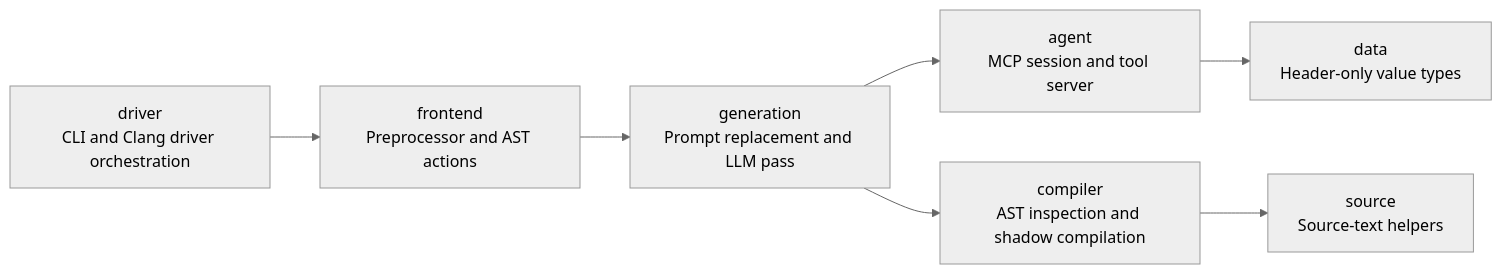
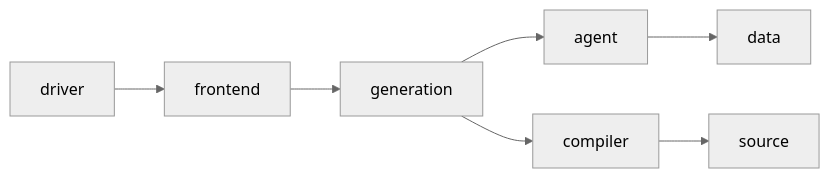
Before and after one commit to yanevskiv/llmcpp: the diagram in docs/how_the_source_is_structured.md, drawn with Mermaid (neutral theme). The commit also changed other lines of this file and 142 other files, not shown here.

````diff
--- a/docs/how_the_source_is_structured.md
+++ b/docs/how_the_source_is_structured.md
@@ -3,9 +7,9 @@
 ```mermaid
 flowchart LR
-    Driver[driver\nCLI and Clang driver orchestration] --> Frontend[frontend\nPreprocessor and AST actions]
-    Frontend --> Generation[generation\nPrompt replacement and LLM pass]
-    Generation --> Agent[agent\nMCP session and tool server]
-    Generation --> Compiler[compiler\nAST inspection and shadow compilation]
-    Compiler --> Source[source\nSource-text helpers]
-    Agent --> Data[data\nHeader-only value types]
+    Driver[driver] --> Frontend[frontend]
+    Frontend --> Generation[generation]
+    Generation --> Agent[agent]
+    Generation --> Compiler[compiler]
+    Compiler --> Source[source]
+    Agent --> Data[data]
 ```
````
